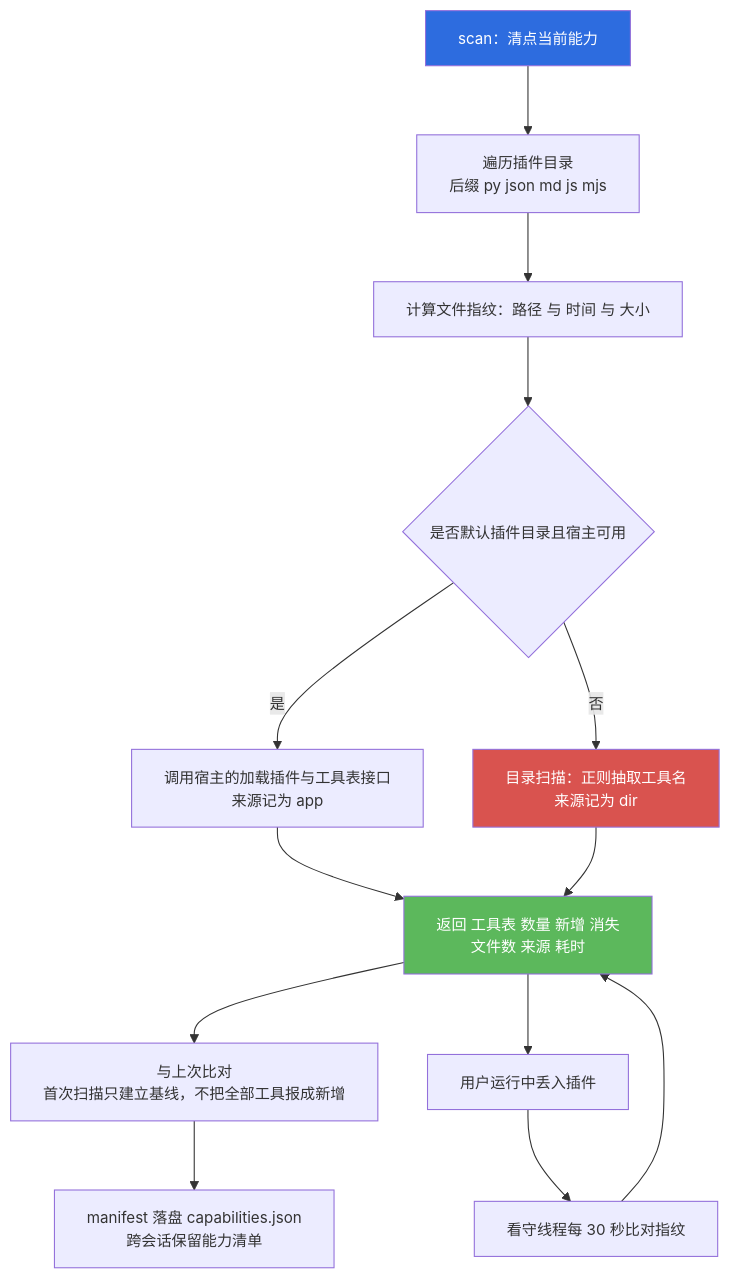
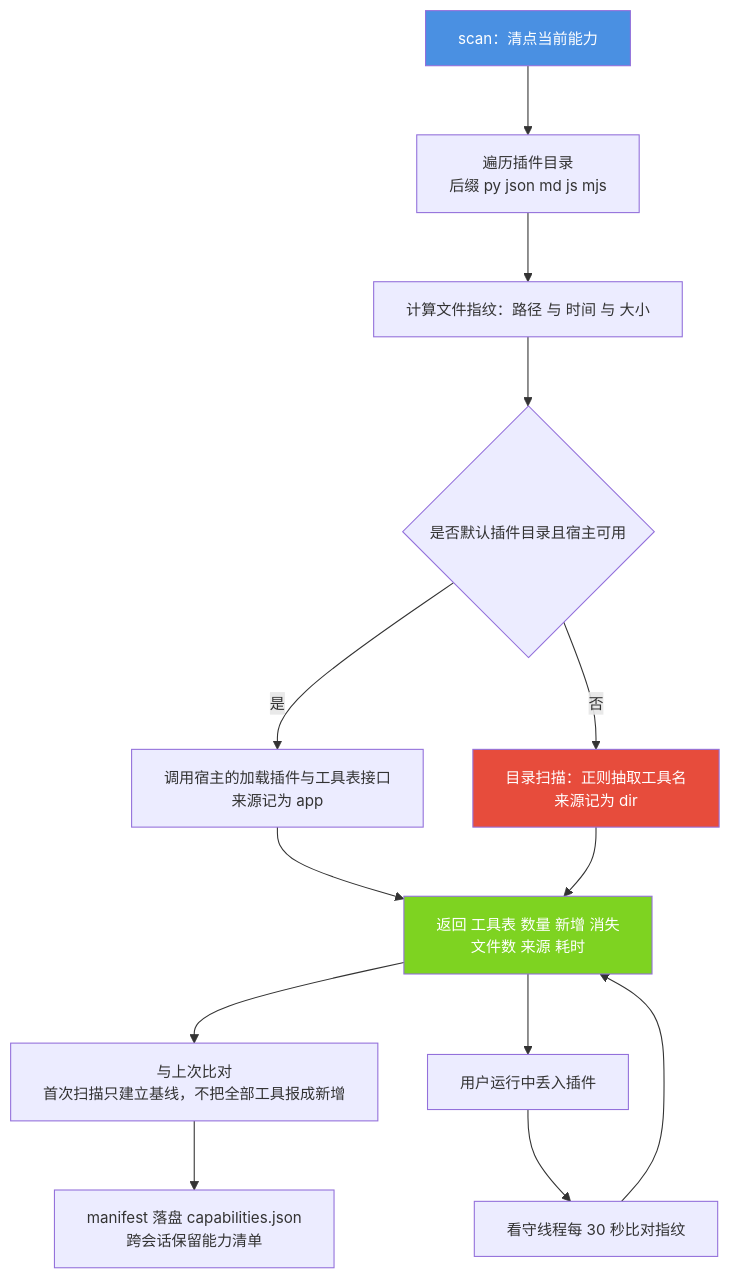
Before and after one commit to jiangchuangege/xiaojiao-harnees: the fourth of 4 diagrams in docs/modules/07-transformer.md, drawn with Mermaid. The commit also changed other lines of this file and 32 other files, not shown here.

Commit message:
统一：全仓原理图配色到一套调色板 + 给 12 张灰图补色 + 修正自己会睡那张过期图

````diff
--- a/docs/modules/07-transformer.md
+++ b/docs/modules/07-transformer.md
@@ -295,19 +295,19 @@
 ```mermaid
 %%{init: {"themeVariables": {"fontSize": "14px"}, "flowchart": {"htmlLabels": true, "wrappingWidth": 340, "nodeSpacing": 46, "rankSpacing": 64, "useMaxWidth": true}}}%%
 flowchart TB
     CALL["scan：清点当前能力"] --> WALK["遍历插件目录<br/>后缀 py json md js mjs"]
     WALK --> FP["计算文件指纹：路径 与 时间 与 大小"]
     FP --> APPDIR{"是否默认插件目录且宿主可用"}
     APPDIR -->|"是"| APP["调用宿主的加载插件与工具表接口<br/>来源记为 app"]
     APPDIR -->|"否"| DIR["目录扫描：正则抽取工具名<br/>来源记为 dir"]
     APP --> RES["返回 工具表 数量 新增 消失<br/>文件数 来源 耗时"]
     DIR --> RES
     RES --> DIFF["与上次比对<br/>首次扫描只建立基线，不把全部工具报成新增"]
     DIFF --> MANI["manifest 落盘 capabilities.json<br/>跨会话保留能力清单"]
 
     RES --> WIN["用户运行中丢入插件"] --> WATCH["看守线程每 30 秒比对指纹"] --> RES
 
-    style CALL fill:#2d6cdf,color:#fff
-    style RES fill:#5cb85c,color:#fff
-    style DIR fill:#d9534f,color:#fff
+    style CALL fill:#4A90E2,color:#fff
+    style RES fill:#7ED321,color:#fff
+    style DIR fill:#E74C3C,color:#fff
 ```
````
